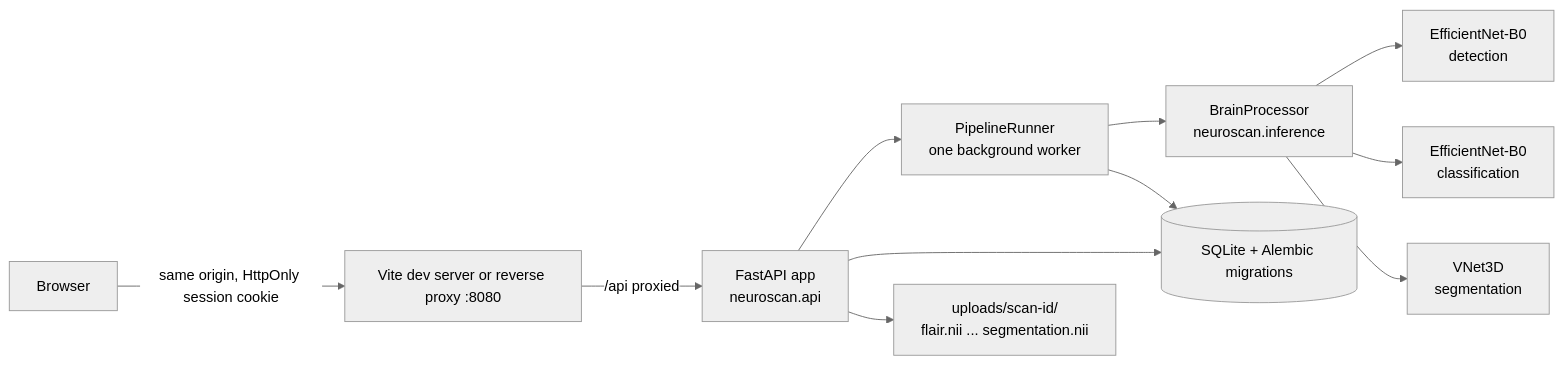
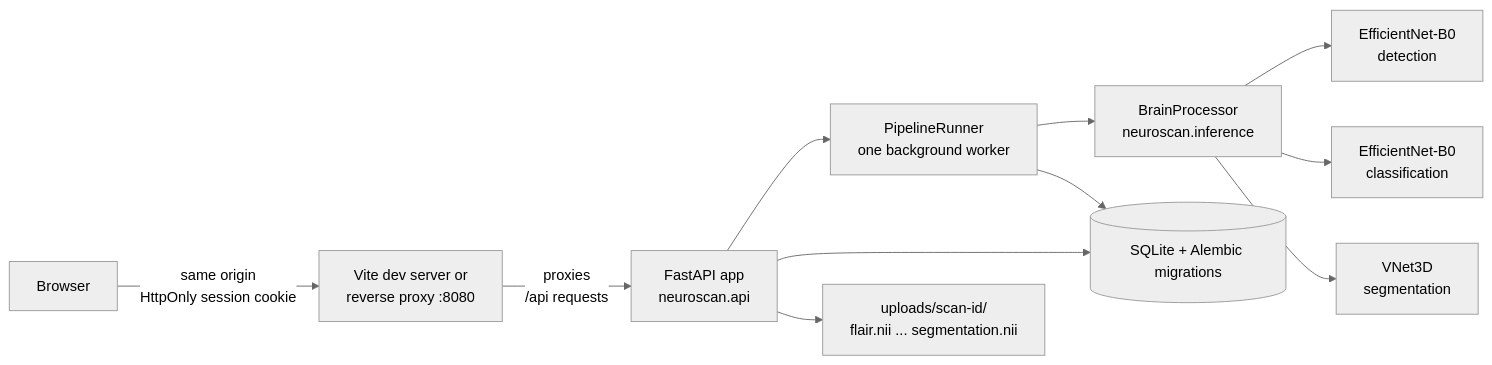
One commit to parthmital/NeuroScan-AI changed the diagram in README.md. Above: the diagram before and after it, drawn with Mermaid (neutral theme).

````diff
--- a/README.md
+++ b/README.md
@@ -73,13 +73,13 @@
 ```mermaid
 flowchart LR
-    U[Browser] -->|"same origin, HttpOnly session cookie"| F["Vite dev server or reverse proxy :8080"]
-    F -->|"/api proxied"| B[FastAPI app<br/>neuroscan.api]
+    U[Browser] -->|"same origin<br/>HttpOnly session cookie"| F["Vite dev server or<br/>reverse proxy :8080"]
+    F -->|"proxies<br/>/api requests"| B[FastAPI app<br/>neuroscan.api]
     B --> Q[PipelineRunner<br/>one background worker]
     Q --> P[BrainProcessor<br/>neuroscan.inference]
     P --> M1[EfficientNet-B0<br/>detection]
     P --> M2[EfficientNet-B0<br/>classification]
     P --> M3[VNet3D<br/>segmentation]
     B --> DB[(SQLite + Alembic migrations)]
     Q --> DB
     B --> FS[uploads/scan-id/<br/>flair.nii ... segmentation.nii]
 ```
````
